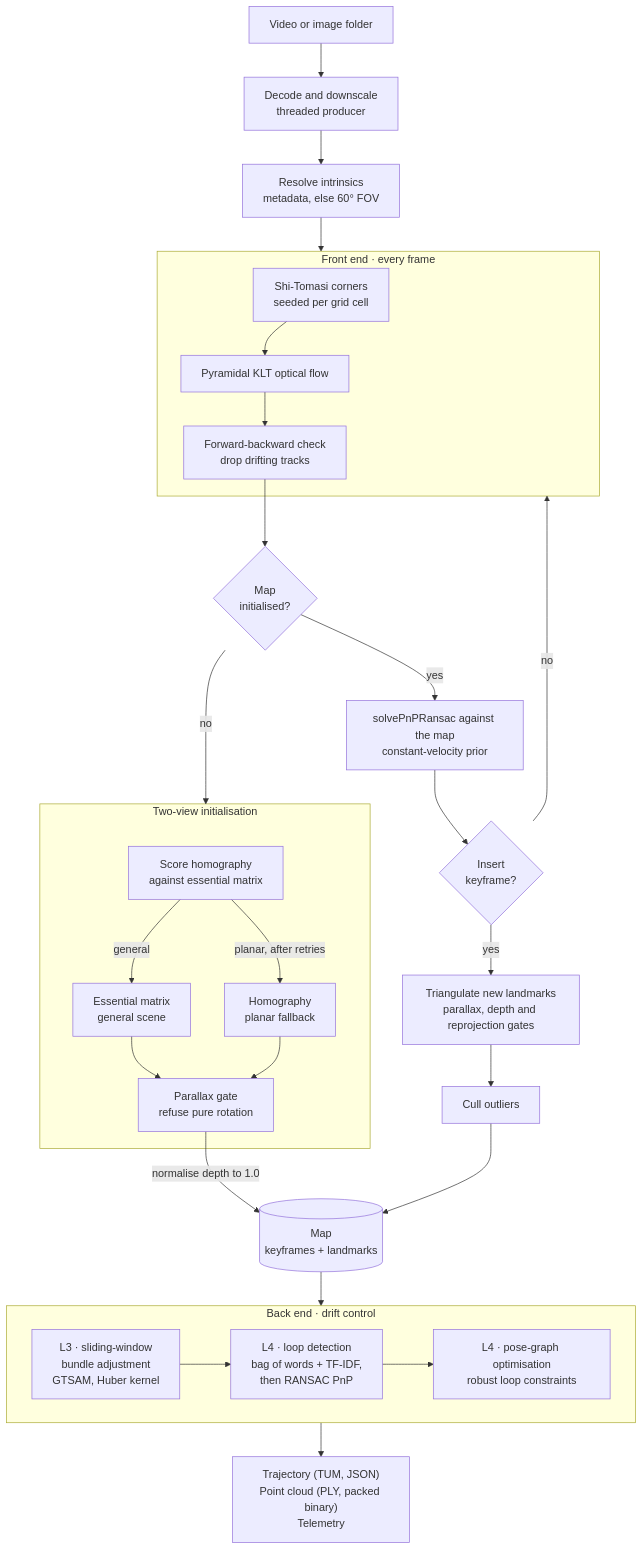
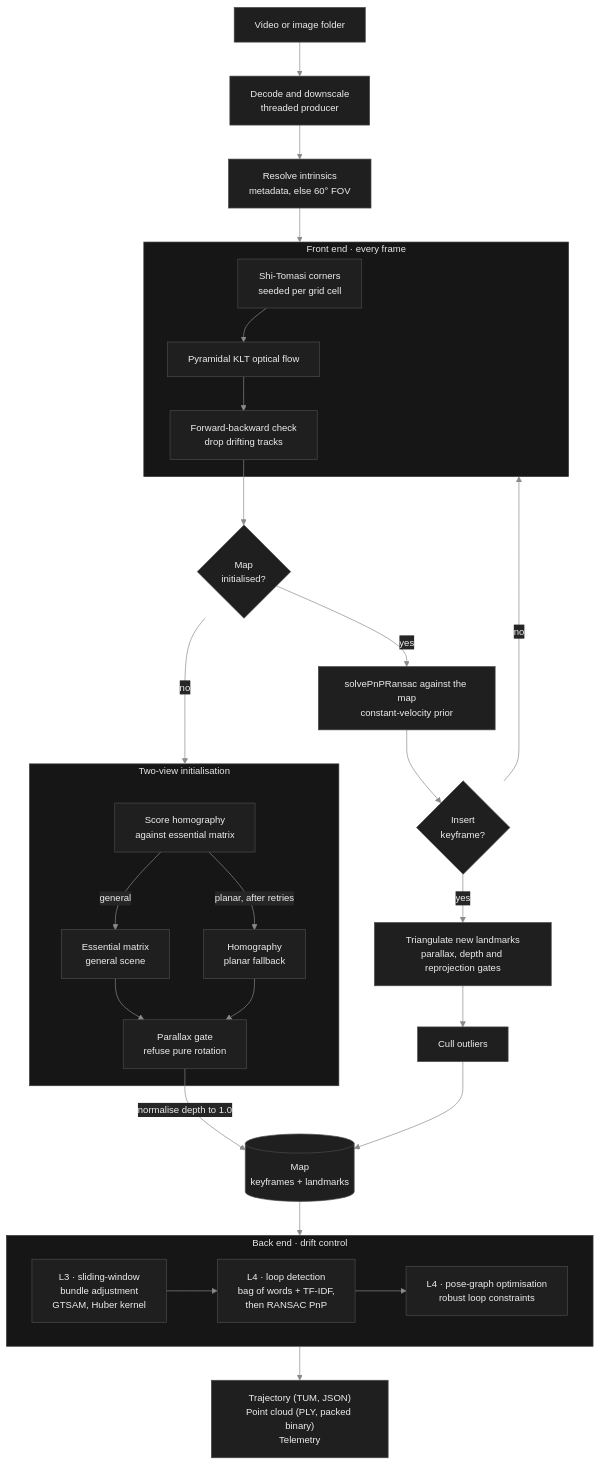
Before and after one commit to muditagrawal-alt/Monocular_RGB_Sparse_Point_Cloud_SLAM: the first of 2 diagrams in README.md, drawn with Mermaid. The commit also changed other lines of this file, not shown here.

First line of the commit message:
docs: fix the deployment diagram layout and theme both to the repo palette

````diff
--- a/README.md
+++ b/README.md
@@ -285,49 +285,53 @@
 ```mermaid
+%%{init: {'theme':'base','themeVariables':{
+'primaryColor':'#1f1f1f','primaryTextColor':'#ededed','primaryBorderColor':'#4a4a4a',
+'lineColor':'#8a8a8a','secondaryColor':'#262626','tertiaryColor':'#191919',
+'clusterBkg':'#161616','clusterBorder':'#3a3a3a','fontSize':'14px'}}}%%
 flowchart TD
     vid["Video or image folder"] --> dec["Decode and downscale<br/>threaded producer"]
     dec --> intr["Resolve intrinsics<br/>metadata, else 60° FOV"]
 
     intr --> fe
 
     subgraph fe["Front end · every frame"]
         seed["Shi-Tomasi corners<br/>seeded per grid cell"]
         klt["Pyramidal KLT optical flow"]
         fb["Forward-backward check<br/>drop drifting tracks"]
         seed --> klt --> fb
     end
 
     fb --> init{"Map<br/>initialised?"}
 
     init -->|"no"| two
 
     subgraph two["Two-view initialisation"]
         score["Score homography<br/>against essential matrix"]
         ess["Essential matrix<br/>general scene"]
         hom["Homography<br/>planar fallback"]
         par["Parallax gate<br/>refuse pure rotation"]
         score -->|"general"| ess
         score -->|"planar, after retries"| hom
         ess --> par
         hom --> par
     end
 
     par -->|"normalise depth to 1.0"| map[("Map<br/>keyframes + landmarks")]
 
     init -->|"yes"| track["solvePnPRansac against the map<br/>constant-velocity prior"]
     track --> kf{"Insert<br/>keyframe?"}
     kf -->|"no"| fe
     kf -->|"yes"| tri["Triangulate new landmarks<br/>parallax, depth and reprojection gates"]
     tri --> cull["Cull outliers"]
     cull --> map
 
     map --> back
 
     subgraph back["Back end · drift control"]
         ba["L3 · sliding-window<br/>bundle adjustment<br/>GTSAM, Huber kernel"]
         loop["L4 · loop detection<br/>bag of words + TF-IDF,<br/>then RANSAC PnP"]
         pgo["L4 · pose-graph optimisation<br/>robust loop constraints"]
         ba --> loop --> pgo
     end
 
     back --> out["Trajectory (TUM, JSON)<br/>Point cloud (PLY, packed binary)<br/>Telemetry"]
 ```
````
